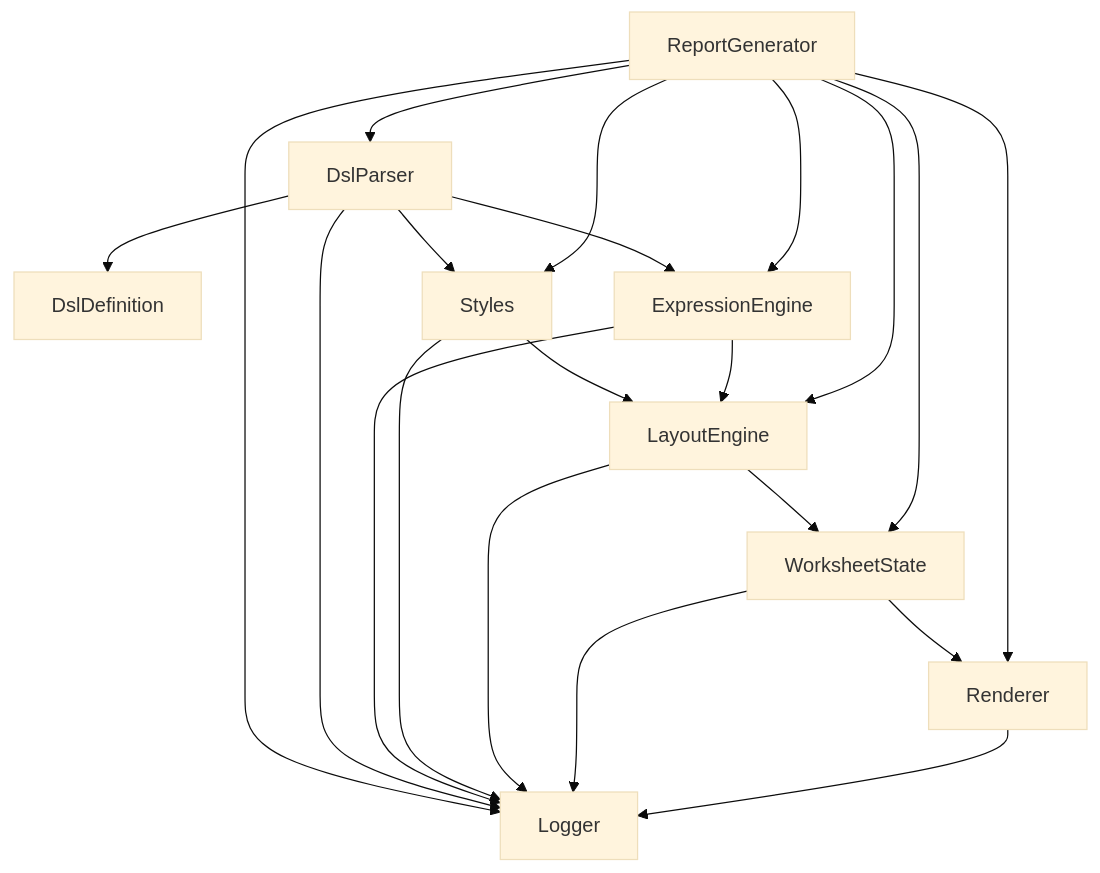
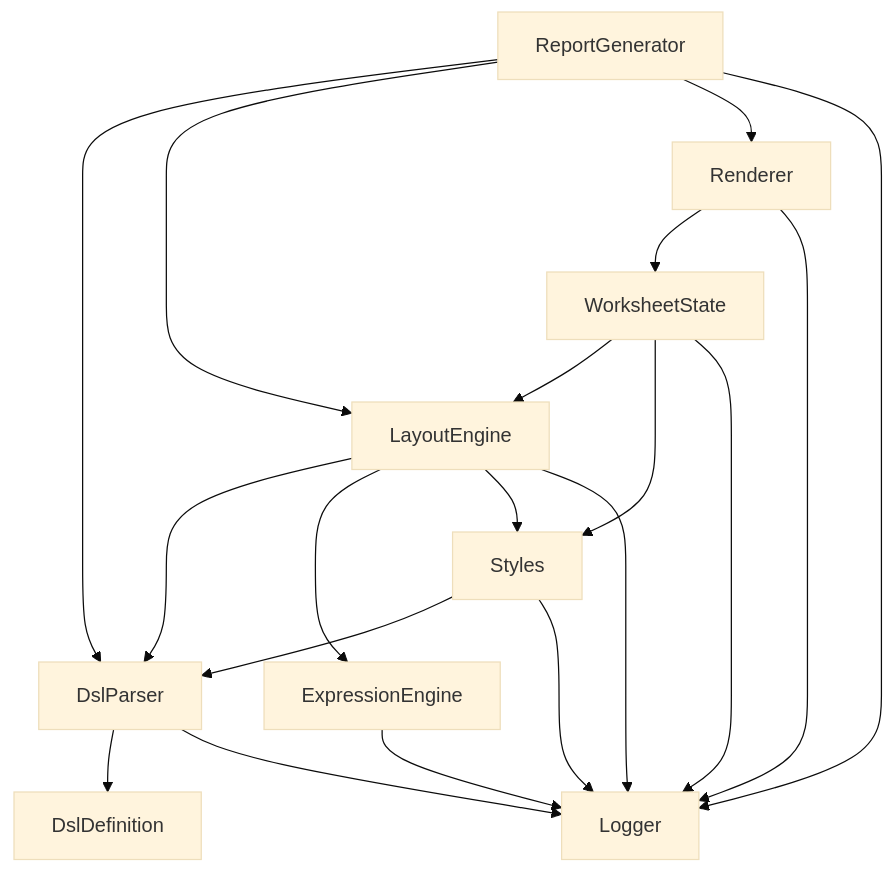
One commit to ssaattww/ExcelReport changed the diagram in Design/BasicDesign_v1.md. Above: the diagram before and after it, drawn with Mermaid (base theme). The commit also changed other lines of this file, not shown here.

Commit message:
docs: Update module dependency table and flowchart in Basic Design document

````diff
--- a/Design/BasicDesign_v1.md
+++ b/Design/BasicDesign_v1.md
@@ -208,27 +209,27 @@
 ```mermaid
 flowchart TD
     ReportGenerator --> DslParser
-    DslParser --> DslDefinition
-    DslParser --> Styles
-    DslParser --> ExpressionEngine
-
-    Styles --> LayoutEngine
-    ExpressionEngine --> LayoutEngine
-
-    LayoutEngine --> WorksheetState
-    WorksheetState --> Renderer
-
-    ReportGenerator --> Styles
-    ReportGenerator --> ExpressionEngine
     ReportGenerator --> LayoutEngine
-    ReportGenerator --> WorksheetState
     ReportGenerator --> Renderer
     ReportGenerator --> Logger
 
+    DslParser --> DslDefinition
     DslParser --> Logger
+
+    Styles --> DslParser
+    Styles --> Logger
+
     ExpressionEngine --> Logger
-    Styles --> Logger
+
+    LayoutEngine --> DslParser
+    LayoutEngine --> ExpressionEngine
+    LayoutEngine --> Styles
     LayoutEngine --> Logger
+
+    WorksheetState --> LayoutEngine
+    WorksheetState --> Styles
     WorksheetState --> Logger
+
+    Renderer --> WorksheetState
     Renderer --> Logger
 ```
````
